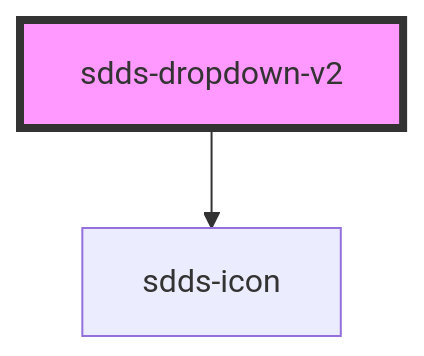
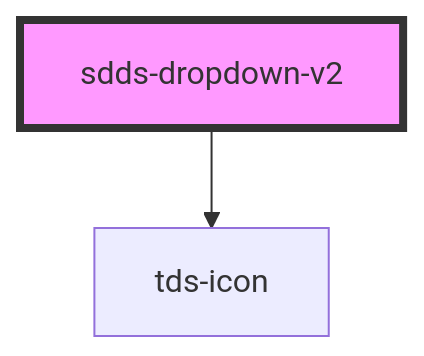
One commit to scania-digital-design-system/tegel changed the diagram in core/src/components/dropdown-v2/readme.md. Above: the diagram before and after it, drawn with Mermaid. The commit also changed other lines of this file and 75 other files, not shown here.

````diff
--- a/core/src/components/dropdown-v2/readme.md
+++ b/core/src/components/dropdown-v2/readme.md
@@ -99,5 +99,5 @@
 ```mermaid
 graph TD;
-  sdds-dropdown-v2 --> sdds-icon
+  sdds-dropdown-v2 --> tds-icon
   style sdds-dropdown-v2 fill:#f9f,stroke:#333,stroke-width:4px
 ```
````
